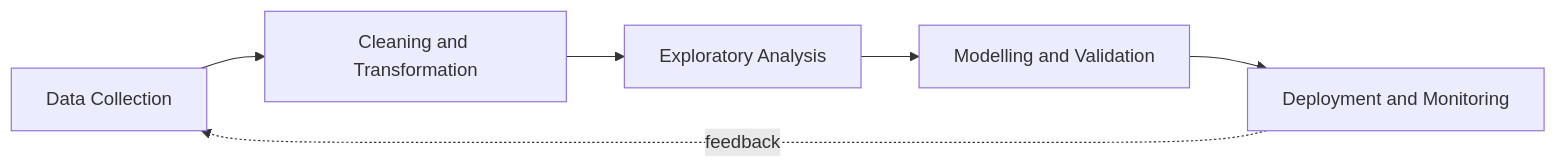
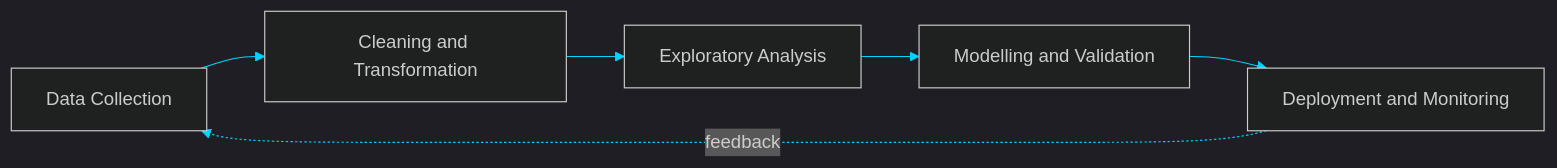
Before and after one commit to devansh-singh-7/devansh-singh-7: the diagram in README.md, drawn with Mermaid. The commit also changed other lines of this file, not shown here.

````diff
--- a/README.md
+++ b/README.md
@@ -81,8 +97,9 @@
 ```mermaid
+%%{init: {'theme':'dark', 'themeVariables': {'primaryColor':'#3A1C9E','primaryTextColor':'#ffffff','lineColor':'#00D4FF','primaryBorderColor':'#7F00FF'}}}%%
 flowchart LR
     A[Data Collection] --> B[Cleaning and Transformation]
     B --> C[Exploratory Analysis]
     C --> D[Modelling and Validation]
     D --> E[Deployment and Monitoring]
     E -.feedback.-> A
 ```
````
